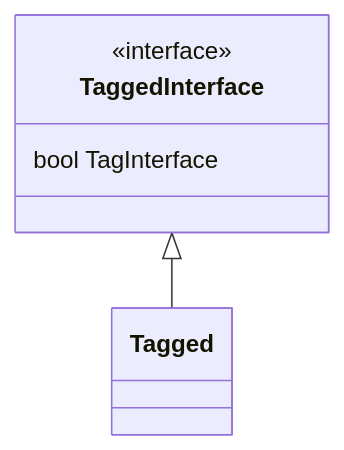
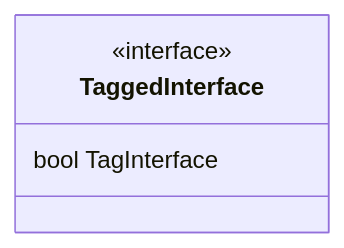
One commit to allors/allors2 changed the diagram in Core/Database/Docs/TagI.mmd. Above: the diagram before and after it, drawn with Mermaid. The commit also changed other lines of this file and 34 other files, not shown here.

```diff
--- a/Core/Database/Docs/TagI.mmd
+++ b/Core/Database/Docs/TagI.mmd
@@ -1,9 +1,5 @@
 classDiagram
 	class TaggedInterface {
 		<<interface>>
 		bool TagInterface
-	}
-	class Tagged {
-	}
-
-TaggedInterface <|-- Tagged
+    }
```
